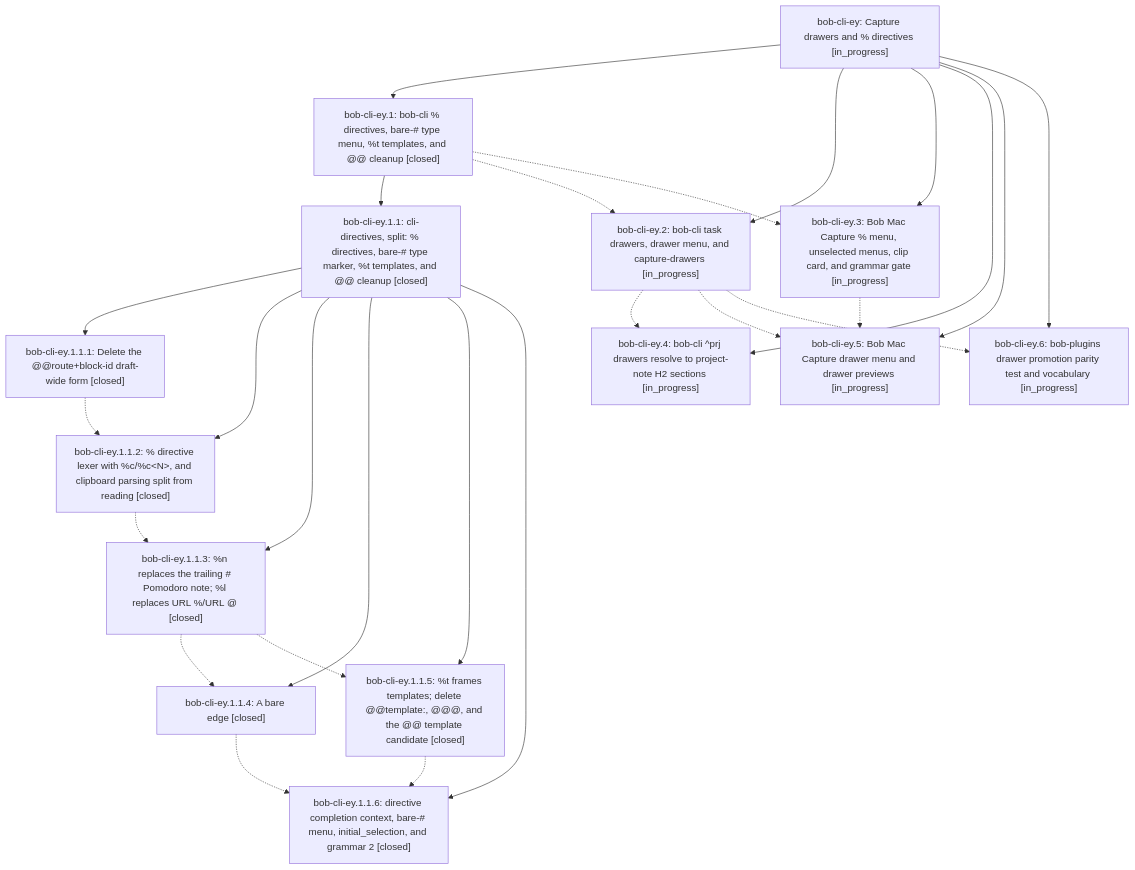
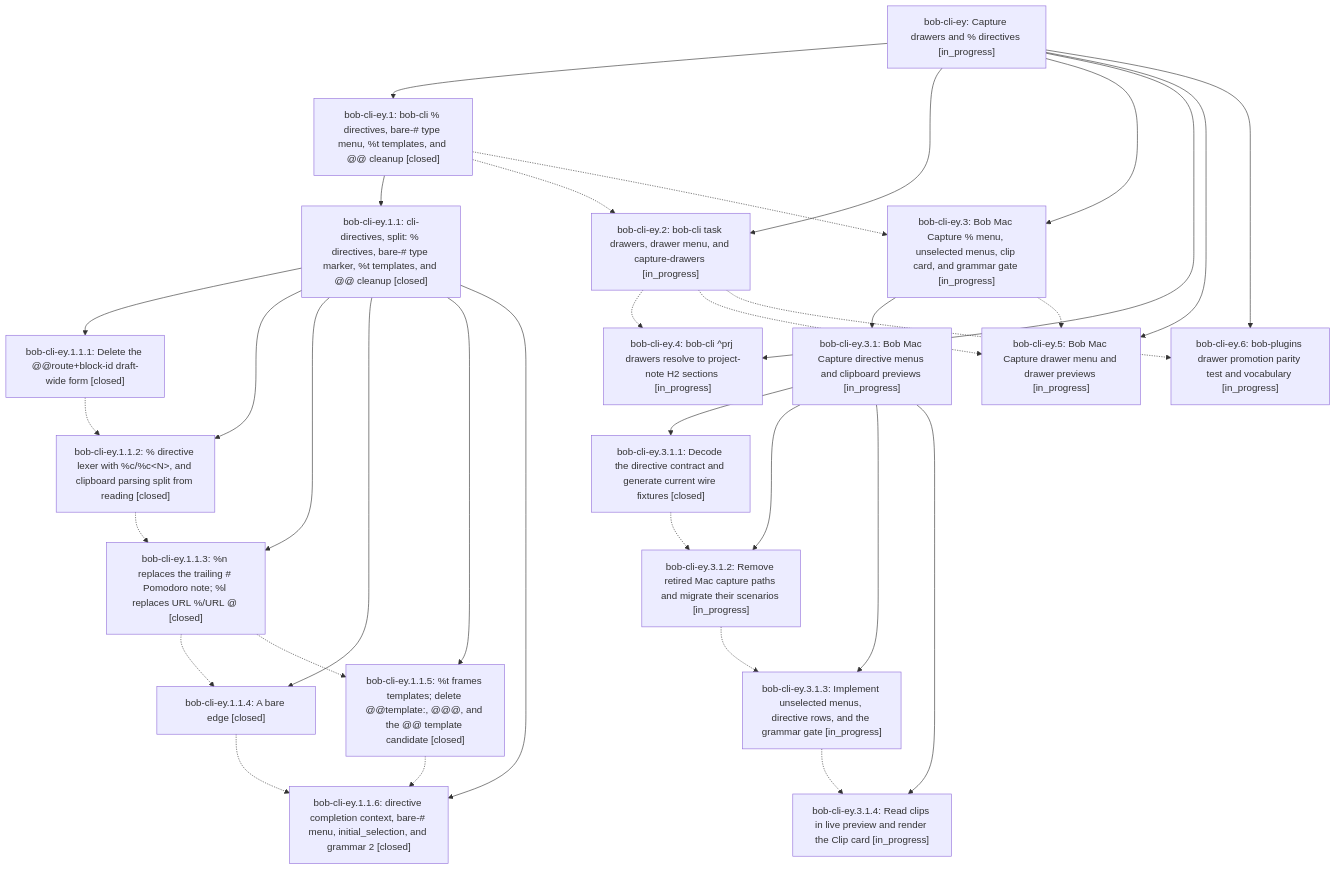
The diagram in pages/bob-cli-ey/README.md (bobs-org/bob-cli--beads), drawn with Mermaid before and after one commit. The commit also changed other lines of this file and 7 other files, not shown here.

First line of the commit message:
chore(beads): sync bead state and pages for bob-cli-ey

````diff
--- a/pages/bob-cli-ey/README.md
+++ b/pages/bob-cli-ey/README.md
@@ -43,42 +43,55 @@
 ```mermaid
 flowchart TD
     n0["bob-cli-ey: Capture drawers and % directives [in_progress]"]
     n1["bob-cli-ey.1: bob-cli % directives, bare-# type menu, %t templates, and @@ cleanup [closed]"]
     n2["bob-cli-ey.1.1: cli-directives, split: % directives, bare-# type marker, %t templates, and @@ cleanup [closed]"]
     n3["bob-cli-ey.1.1.1: Delete the @@route+block-id draft-wide form [closed]"]
     n4["bob-cli-ey.1.1.2: % directive lexer with %c/%c&lt;N&gt;, and clipboard parsing split from reading [closed]"]
     n5["bob-cli-ey.1.1.3: %n replaces the trailing # Pomodoro note; %l replaces URL %/URL @ [closed]"]
     n6["bob-cli-ey.1.1.4: A bare edge [closed]"]
     n7["bob-cli-ey.1.1.5: %t frames templates; delete @@template:, @@@, and the @@ template candidate [closed]"]
     n8["bob-cli-ey.1.1.6: directive completion context, bare-# menu, initial_selection, and grammar 2 [closed]"]
     n9["bob-cli-ey.2: bob-cli task drawers, drawer menu, and capture-drawers [in_progress]"]
     n10["bob-cli-ey.3: Bob Mac Capture % menu, unselected menus, clip card, and grammar gate [in_progress]"]
-    n11["bob-cli-ey.4: bob-cli ^prj drawers resolve to project-note H2 sections [in_progress]"]
-    n12["bob-cli-ey.5: Bob Mac Capture drawer menu and drawer previews [in_progress]"]
-    n13["bob-cli-ey.6: bob-plugins drawer promotion parity test and vocabulary [in_progress]"]
+    n11["bob-cli-ey.3.1: Bob Mac Capture directive menus and clipboard previews [in_progress]"]
+    n12["bob-cli-ey.3.1.1: Decode the directive contract and generate current wire fixtures [closed]"]
+    n13["bob-cli-ey.3.1.2: Remove retired Mac capture paths and migrate their scenarios [in_progress]"]
+    n14["bob-cli-ey.3.1.3: Implement unselected menus, directive rows, and the grammar gate [in_progress]"]
+    n15["bob-cli-ey.3.1.4: Read clips in live preview and render the Clip card [in_progress]"]
+    n16["bob-cli-ey.4: bob-cli ^prj drawers resolve to project-note H2 sections [in_progress]"]
+    n17["bob-cli-ey.5: Bob Mac Capture drawer menu and drawer previews [in_progress]"]
+    n18["bob-cli-ey.6: bob-plugins drawer promotion parity test and vocabulary [in_progress]"]
     n0 --> n1
     n1 --> n2
     n2 --> n3
     n2 --> n4
     n2 --> n5
     n2 --> n6
     n2 --> n7
     n2 --> n8
     n0 --> n9
     n0 --> n10
-    n0 --> n11
-    n0 --> n12
-    n0 --> n13
+    n10 --> n11
+    n11 --> n12
+    n11 --> n13
+    n11 --> n14
+    n11 --> n15
+    n0 --> n16
+    n0 --> n17
+    n0 --> n18
     n1 -.-> n9
     n1 -.-> n10
     n3 -.-> n4
     n4 -.-> n5
     n5 -.-> n6
     n5 -.-> n7
     n6 -.-> n8
     n7 -.-> n8
-    n9 -.-> n11
-    n9 -.-> n12
-    n9 -.-> n13
-    n10 -.-> n12
+    n9 -.-> n16
+    n9 -.-> n17
+    n9 -.-> n18
+    n10 -.-> n17
+    n12 -.-> n13
+    n13 -.-> n14
+    n14 -.-> n15
 ```
````
